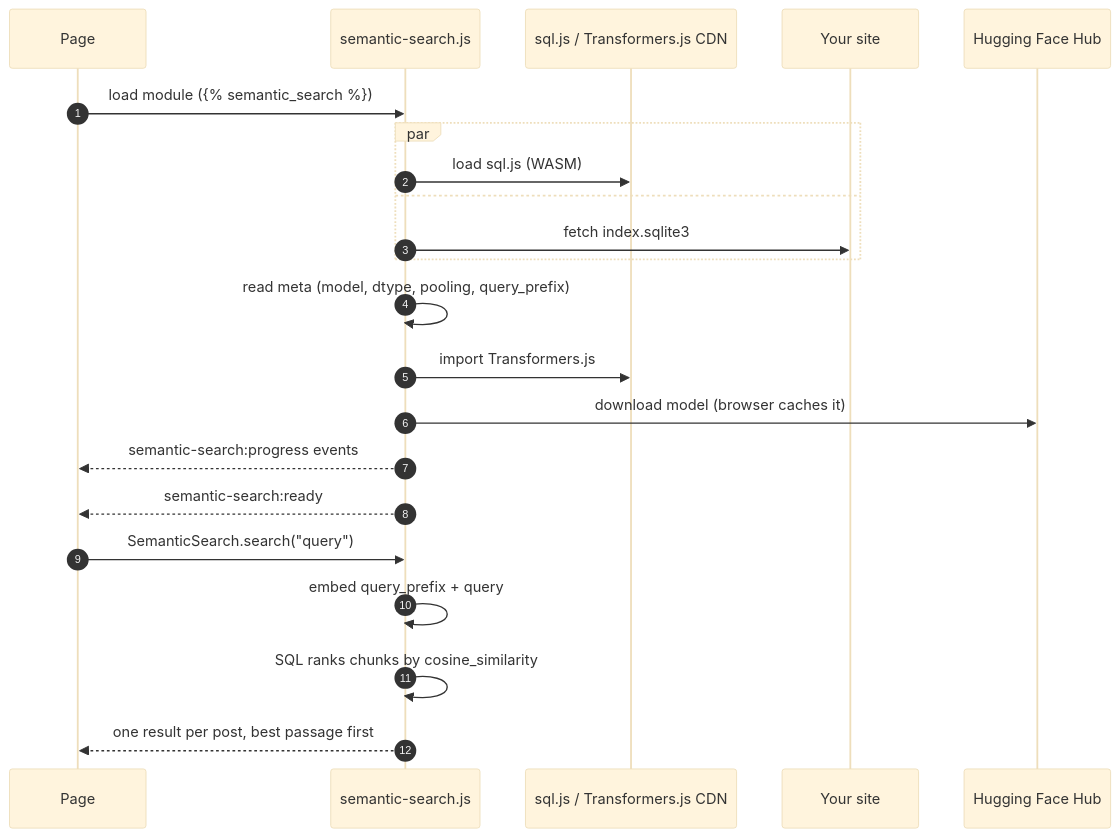
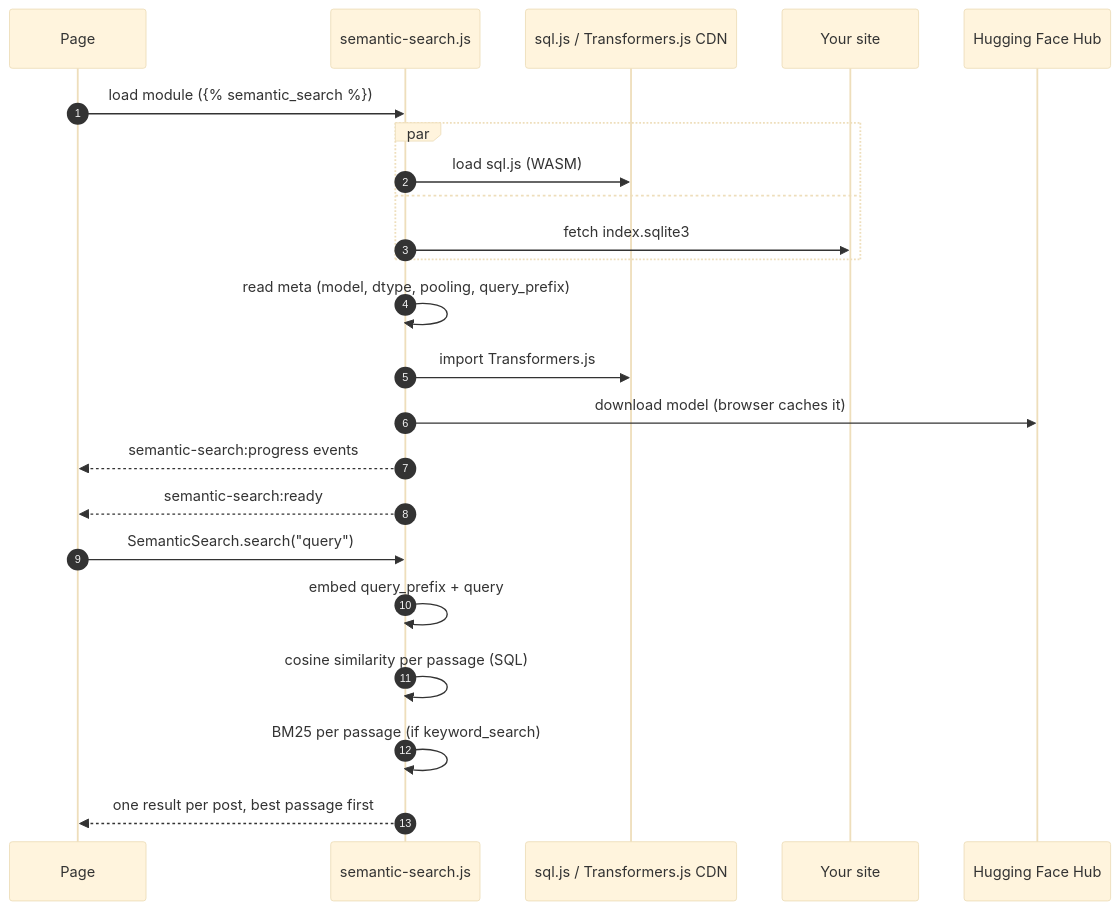
One commit to mourjo/jekyll-semantic-search changed the second of 3 diagrams in README.md. Above: the diagram before and after it, drawn with Mermaid (base theme). The commit also changed other lines of this file and 18 other files, not shown here.

````diff
--- a/README.md
+++ b/README.md
@@ -83,25 +130,26 @@
 ```mermaid
 sequenceDiagram
   autonumber
   participant Page
   participant Runtime as semantic-search.js
   participant CDN as sql.js / Transformers.js CDN
   participant Site as Your site
   participant Hub as Hugging Face Hub
 
   Page->>Runtime: load module ({% semantic_search %})
   par
     Runtime->>CDN: load sql.js (WASM)
   and
     Runtime->>Site: fetch index.sqlite3
   end
   Runtime->>Runtime: read meta (model, dtype, pooling, query_prefix)
   Runtime->>CDN: import Transformers.js
   Runtime->>Hub: download model (browser caches it)
   Runtime-->>Page: semantic-search:progress events
   Runtime-->>Page: semantic-search:ready
   Page->>Runtime: SemanticSearch.search("query")
   Runtime->>Runtime: embed query_prefix + query
-  Runtime->>Runtime: SQL ranks chunks by cosine_similarity
+  Runtime->>Runtime: cosine similarity per passage (SQL)
+  Runtime->>Runtime: BM25 per passage (if keyword_search)
   Runtime-->>Page: one result per post, best passage first
 ```
````
